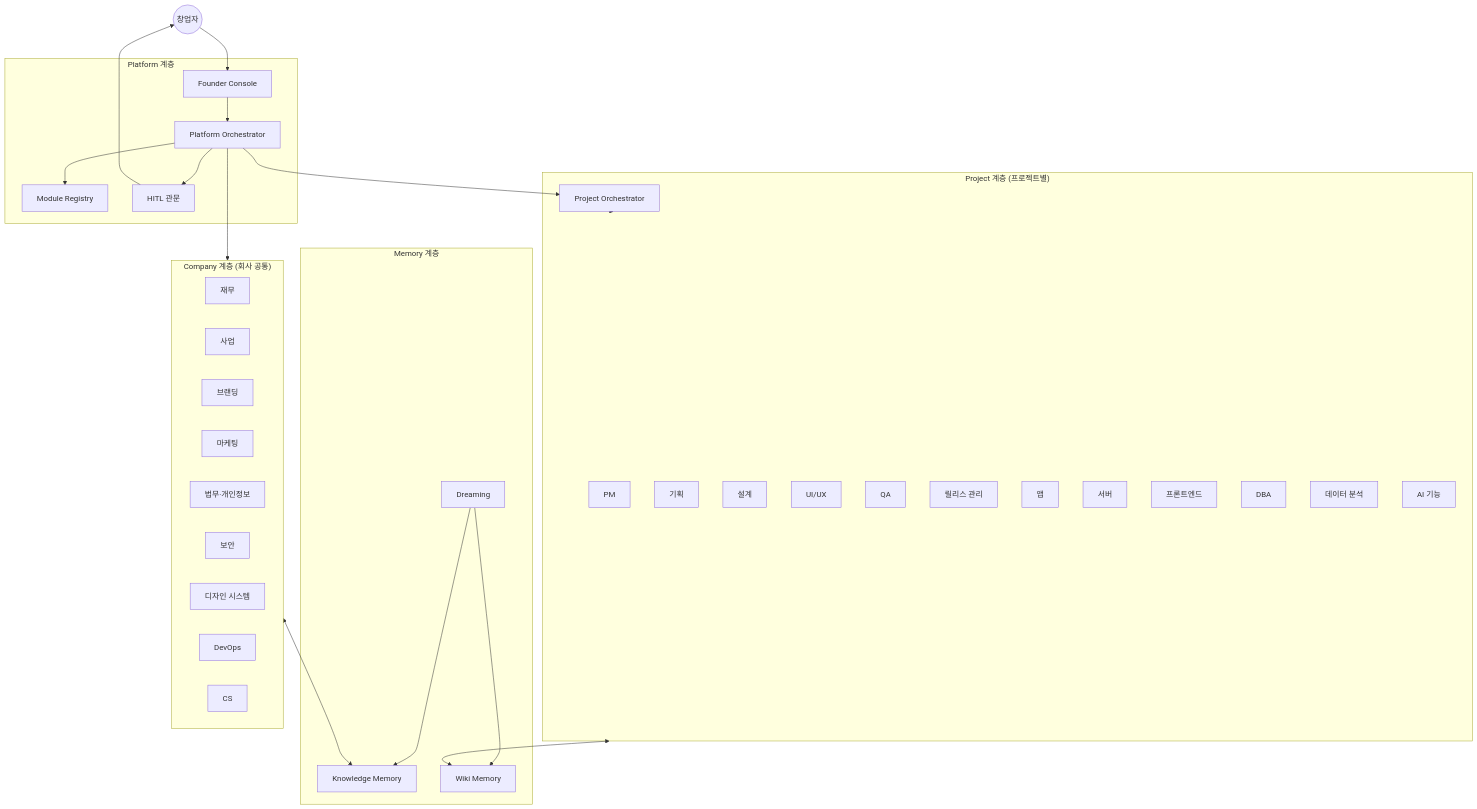
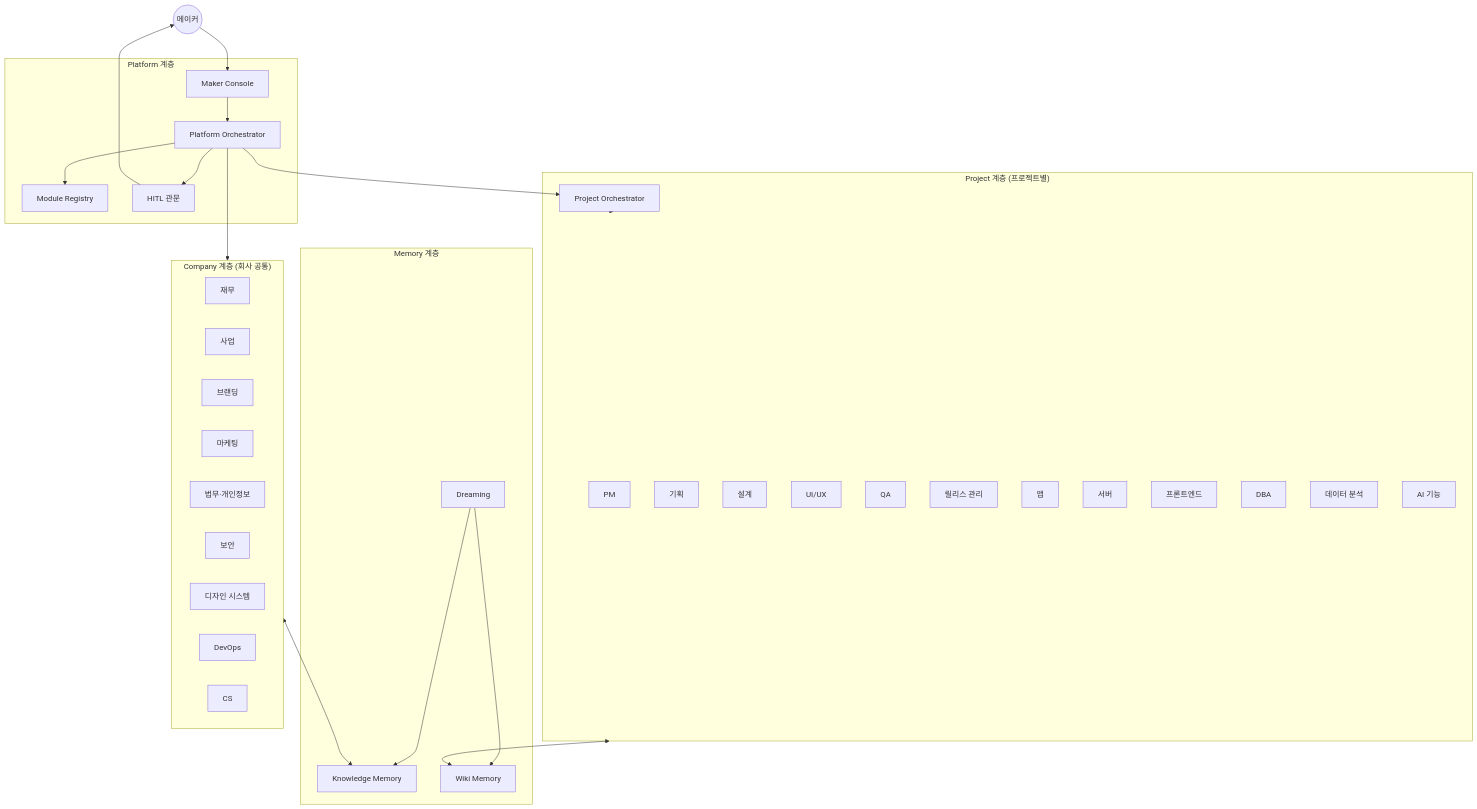
The second of 13 diagrams in plan-draft.md (ysjee141/flywheel), drawn with Mermaid before and after one commit. The commit also changed other lines of this file and 1 other file, not shown here.

First line of the commit message:
Rename founder role to Maker in plan draft

````diff
--- a/plan-draft.md
+++ b/plan-draft.md
@@ -105,34 +105,34 @@
 ```mermaid
 flowchart TB
-  F((창업자))
+  F((메이커))
   subgraph PL["Platform 계층"]
     PO[Platform Orchestrator]
     REG[Module Registry]
     HITL[HITL 관문]
-    CON[Founder Console]
+    CON[Maker Console]
   end
   subgraph CO["Company 계층 (회사 공통)"]
     C1[재무] & C2[사업] & C3[브랜딩] & C4[마케팅] & C9[법무·개인정보]
     C5[보안] & C6[디자인 시스템] & C7[DevOps] & C8[CS]
   end
   subgraph PJ["Project 계층 (프로젝트별)"]
     JO[Project Orchestrator]
     P1[PM] & P2[기획] & P3[설계] & P4[UI/UX] & P10[QA] & P11[릴리스 관리]
     P5[앱] & P6[서버] & P7[프론트엔드] & P8[DBA] & P9[데이터 분석] & P12[AI 기능]
   end
   subgraph ME["Memory 계층"]
     M1[Knowledge Memory]
     M2[Wiki Memory]
     M3[Dreaming]
   end
   F --> CON --> PO
   PO --> REG
   PO --> CO
   PO --> JO
   JO --> PJ
   CO <--> M1
   PJ <--> M2
   M3 --> M1
   M3 --> M2
   PO --> HITL --> F
 ```
````
